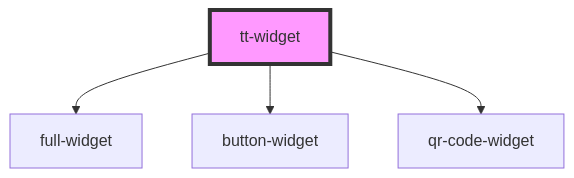
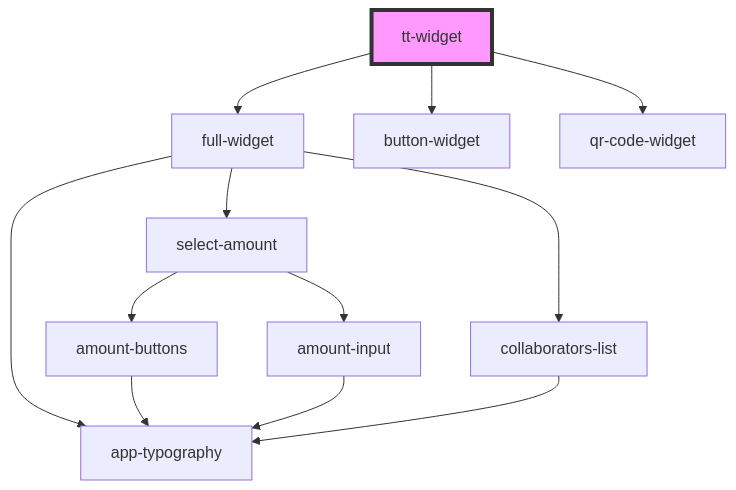
One commit to echrysikou/dojoWidget changed the diagram in src/components/widget-selector/readme.md. Above: the diagram before and after it, drawn with Mermaid. The commit also changed 171 other files, not shown here.

Commit message:
full widget 1

````diff
--- a/src/components/widget-selector/readme.md
+++ b/src/components/widget-selector/readme.md
@@ -25,7 +25,15 @@
 ```mermaid
 graph TD;
   tt-widget --> full-widget
   tt-widget --> button-widget
   tt-widget --> qr-code-widget
+  full-widget --> app-typography
+  full-widget --> select-amount
+  full-widget --> collaborators-list
+  select-amount --> amount-buttons
+  select-amount --> amount-input
+  amount-buttons --> app-typography
+  amount-input --> app-typography
+  collaborators-list --> app-typography
   style tt-widget fill:#f9f,stroke:#333,stroke-width:4px
 ```
````
